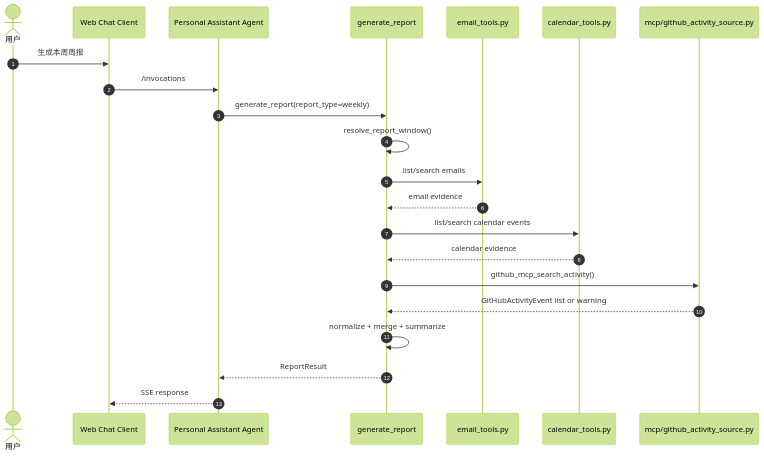
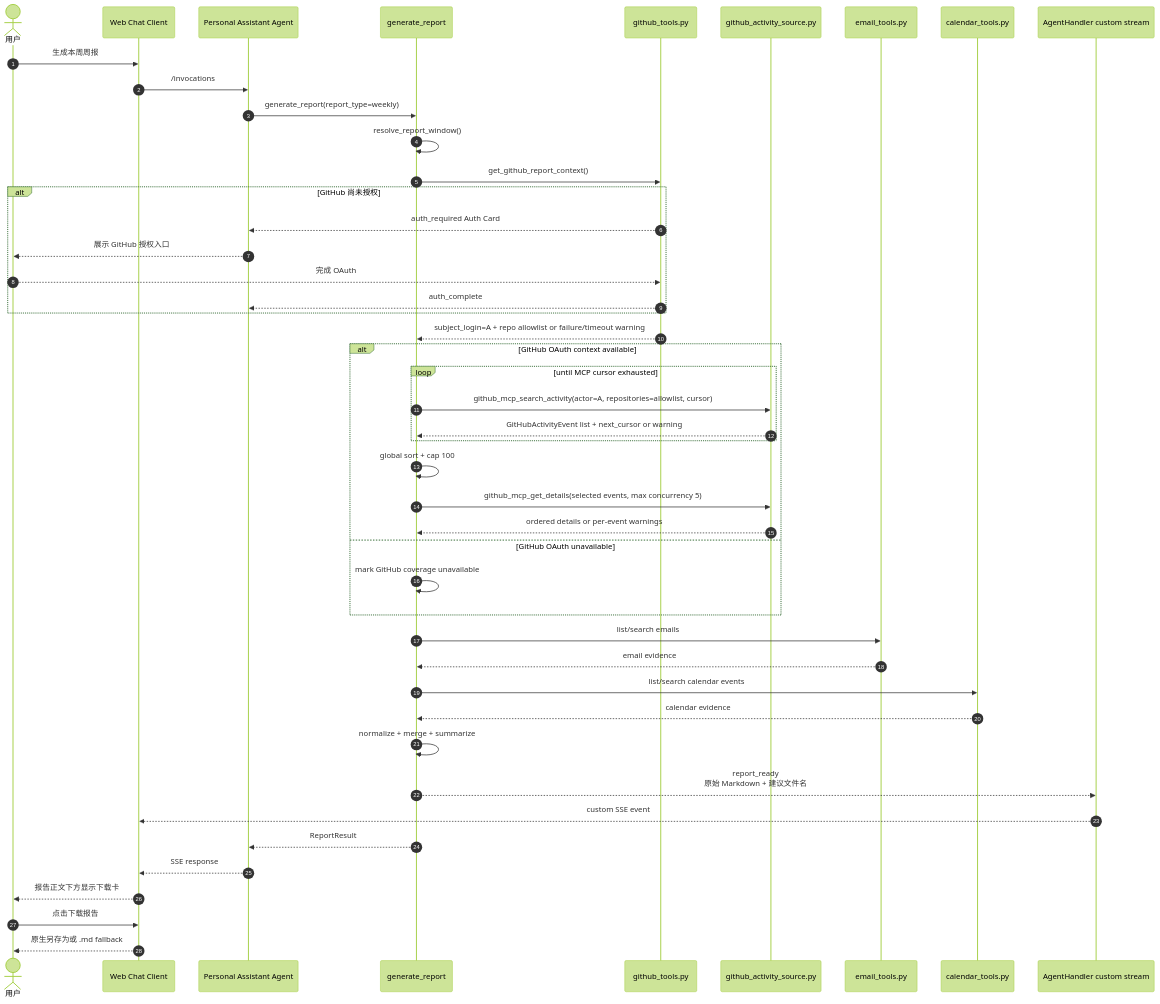
Before and after one commit to T-1009/personal-assistant: the second of 2 diagrams in personal-assistant-meta/issues/features/backlog/feature-18-report-root-capability/plan.md, drawn with Mermaid (forest theme). The commit also changed other lines of this file and 34 other files, not shown here.

````diff
--- a/personal-assistant-meta/issues/features/backlog/feature-18-report-root-capability/plan.md
+++ b/personal-assistant-meta/issues/features/backlog/feature-18-report-root-capability/plan.md
@@ -88,25 +109,49 @@
 ```mermaid
 sequenceDiagram
     autonumber
     actor User as 用户
     participant Client as Web Chat Client
     participant Agent as Personal Assistant Agent
     participant Report as generate_report
+    participant GitHubOAuth as github_tools.py
+    participant GitHubMCP as github_activity_source.py
     participant Email as email_tools.py
     participant Calendar as calendar_tools.py
-    participant GitHub as mcp/github_activity_source.py
+    participant Stream as AgentHandler custom stream
 
     User->>Client: 生成本周周报
     Client->>Agent: /invocations
     Agent->>Report: generate_report(report_type=weekly)
     Report->>Report: resolve_report_window()
+    Report->>GitHubOAuth: get_github_report_context()
+    alt GitHub 尚未授权
+        GitHubOAuth-->>Agent: auth_required Auth Card
+        Agent-->>User: 展示 GitHub 授权入口
+        User-->>GitHubOAuth: 完成 OAuth
+        GitHubOAuth-->>Agent: auth_complete
+    end
+    GitHubOAuth-->>Report: subject_login=A + repo allowlist or failure/timeout warning
+    alt GitHub OAuth context available
+        loop until MCP cursor exhausted
+            Report->>GitHubMCP: github_mcp_search_activity(actor=A, repositories=allowlist, cursor)
+            GitHubMCP-->>Report: GitHubActivityEvent list + next_cursor or warning
+        end
+        Report->>Report: global sort + cap 100
+        Report->>GitHubMCP: github_mcp_get_details(selected events, max concurrency 5)
+        GitHubMCP-->>Report: ordered details or per-event warnings
+    else GitHub OAuth unavailable
+        Report->>Report: mark GitHub coverage unavailable
+    end
     Report->>Email: list/search emails
     Email-->>Report: email evidence
     Report->>Calendar: list/search calendar events
     Calendar-->>Report: calendar evidence
-    Report->>GitHub: github_mcp_search_activity()
-    GitHub-->>Report: GitHubActivityEvent list or warning
     Report->>Report: normalize + merge + summarize
+    Report-->>Stream: report_ready<br/>原始 Markdown + 建议文件名
+    Stream-->>Client: custom SSE event
     Report-->>Agent: ReportResult
     Agent-->>Client: SSE response
+    Client-->>User: 报告正文下方显示下载卡
+    User->>Client: 点击下载报告
+    Client-->>User: 原生另存为或 .md fallback
 ```
````
